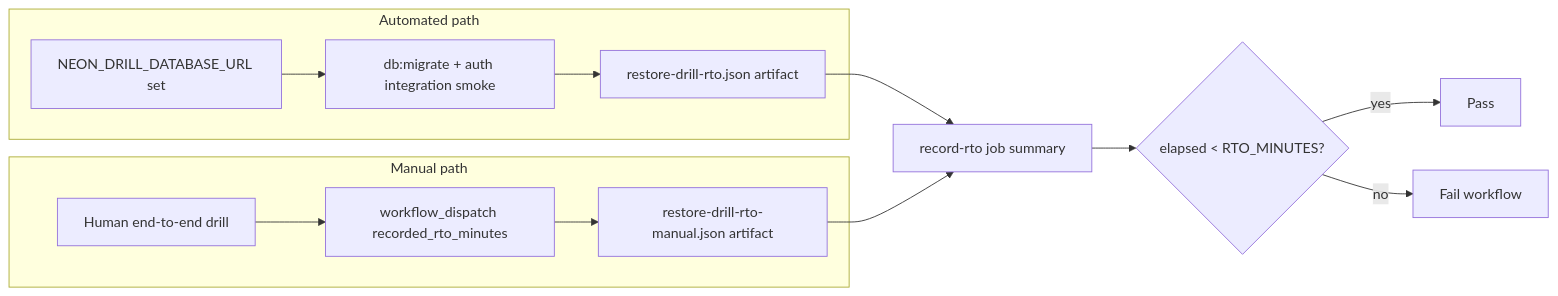
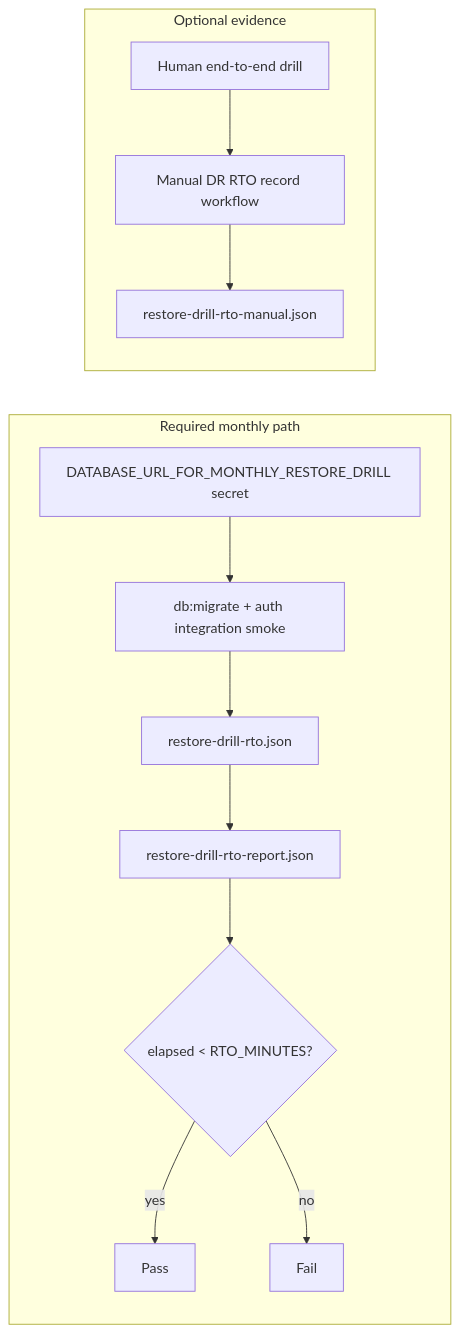
The diagram in docs/process/backup-drills.md (nikunjmavani/core-be), drawn with Mermaid before and after one commit. The commit also changed other lines of this file and 9 other files, not shown here.

First line of the commit message:
fix: require measured DR restore RTO

````diff
--- a/docs/process/backup-drills.md
+++ b/docs/process/backup-drills.md
@@ -23,16 +30,15 @@
 ```mermaid
 flowchart LR
-  subgraph automated [Automated path]
-    A[NEON_DRILL_DATABASE_URL set] --> B[db:migrate + auth integration smoke]
-    B --> C[restore-drill-rto.json artifact]
+  subgraph required [Required monthly path]
+    A[DATABASE_URL_FOR_MONTHLY_RESTORE_DRILL secret] --> B[db:migrate + auth integration smoke]
+    B --> C[restore-drill-rto.json]
+    C --> D[restore-drill-rto-report.json]
+    D --> E{elapsed < RTO_MINUTES?}
+    E -->|yes| F[Pass]
+    E -->|no| G[Fail]
   end
-  subgraph manual [Manual path]
-    D[Human end-to-end drill] --> E[workflow_dispatch recorded_rto_minutes]
-    E --> F[restore-drill-rto-manual.json artifact]
+  subgraph optional [Optional evidence]
+    H[Human end-to-end drill] --> I[Manual DR RTO record workflow]
+    I --> J[restore-drill-rto-manual.json]
   end
-  C --> G[record-rto job summary]
-  F --> G
-  G --> H{elapsed < RTO_MINUTES?}
-  H -->|yes| I[Pass]
-  H -->|no| J[Fail workflow]
 ```
````
